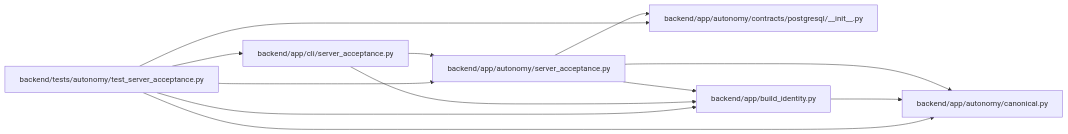
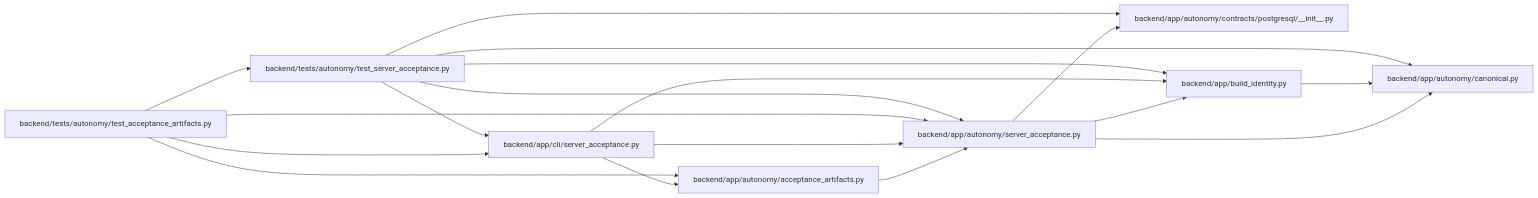
One commit to Denissvgn/WorkChord changed the diagram in docs/llm_wiki/modules/autonomy_server_acceptance.md. Above: the diagram before and after it, drawn with Mermaid. The commit also changed other lines of this file and 10148 other files, not shown here.

````diff
--- a/docs/llm_wiki/modules/autonomy_server_acceptance.md
+++ b/docs/llm_wiki/modules/autonomy_server_acceptance.md
@@ -38,26 +38,36 @@
 ```mermaid
 flowchart LR
-    n0["backend/app/autonomy/canonical.py"]
-    n1["backend/app/autonomy/contracts/postgresql/__init__.py"]
-    n2["backend/app/autonomy/server_acceptance.py"]
-    n3["backend/app/build_identity.py"]
-    n4["backend/app/cli/server_acceptance.py"]
-    n5["backend/tests/autonomy/test_server_acceptance.py"]
-    n2 --> n0
-    n2 --> n1
-    n2 --> n3
-    n3 --> n0
-    n4 --> n2
-    n4 --> n3
+    n0["backend/app/autonomy/acceptance_artifacts.py"]
+    n1["backend/app/autonomy/canonical.py"]
+    n2["backend/app/autonomy/contracts/postgresql/__init__.py"]
+    n3["backend/app/autonomy/server_acceptance.py"]
+    n4["backend/app/build_identity.py"]
+    n5["backend/app/cli/server_acceptance.py"]
+    n6["backend/tests/autonomy/test_acceptance_artifacts.py"]
+    n7["backend/tests/autonomy/test_server_acceptance.py"]
+    n0 --> n3
+    n3 --> n1
+    n3 --> n2
+    n3 --> n4
+    n4 --> n1
     n5 --> n0
-    n5 --> n1
-    n5 --> n2
     n5 --> n3
     n5 --> n4
-    click n0 "../modules/autonomy_canonical.md"
-    click n1 "../modules/postgresql___init__.md"
-    click n2 "../modules/autonomy_server_acceptance.md"
-    click n3 "../modules/build_identity.md"
-    click n4 "../modules/cli_server_acceptance.md"
-    click n5 "../modules/test_server_acceptance.md"
+    n6 --> n0
+    n6 --> n3
+    n6 --> n5
+    n6 --> n7
+    n7 --> n1
+    n7 --> n2
+    n7 --> n3
+    n7 --> n4
+    n7 --> n5
+    click n0 "../modules/acceptance_artifacts.md"
+    click n1 "../modules/autonomy_canonical.md"
+    click n2 "../modules/postgresql___init__.md"
+    click n3 "../modules/autonomy_server_acceptance.md"
+    click n4 "../modules/build_identity.md"
+    click n5 "../modules/cli_server_acceptance.md"
+    click n6 "../modules/test_acceptance_artifacts.md"
+    click n7 "../modules/test_server_acceptance.md"
 ```
````
